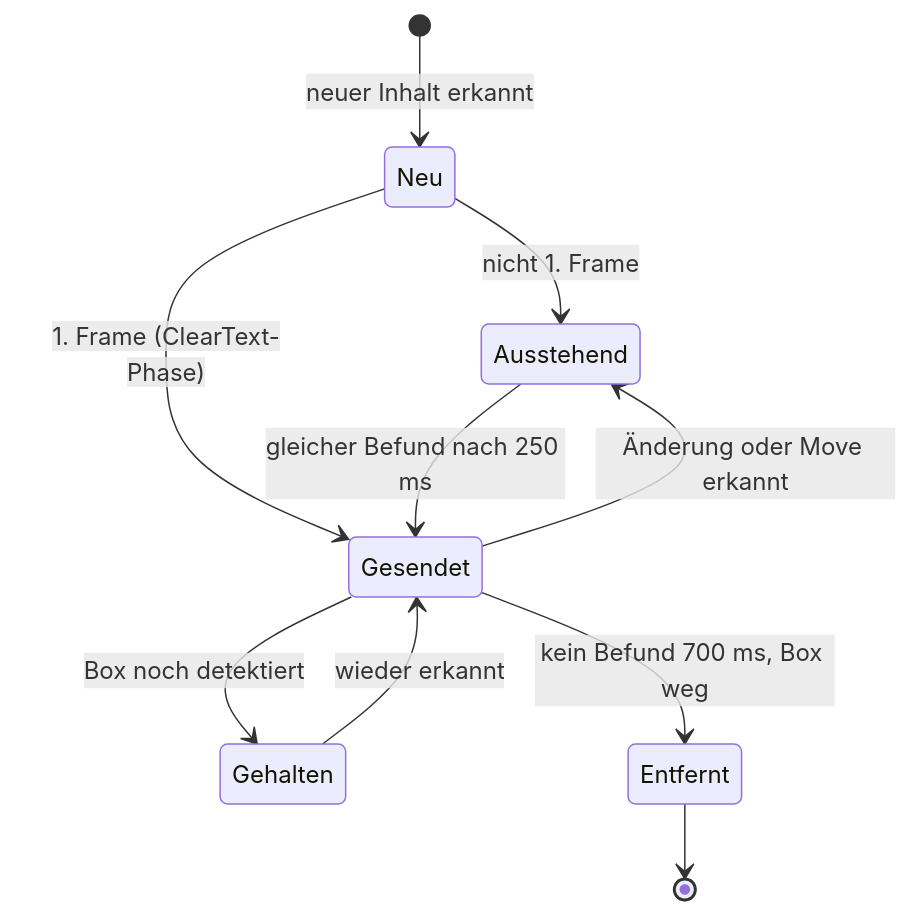
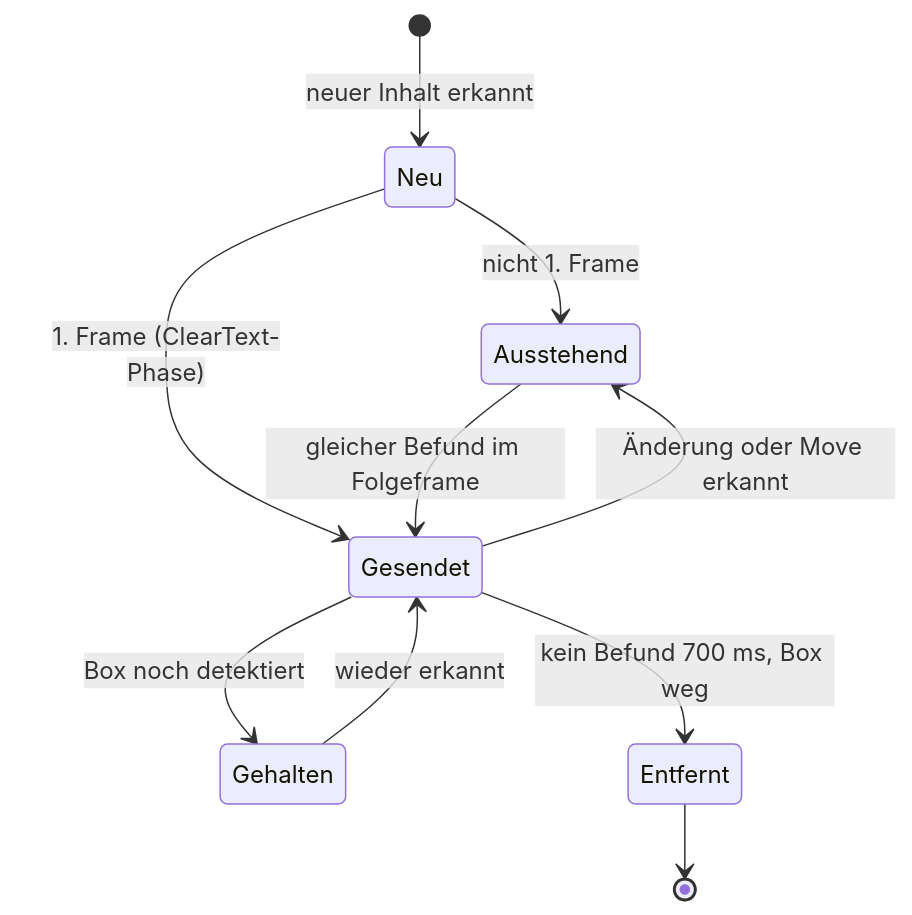
The fourth of 7 diagrams in examples/29_lowbandwidth/plan/20261018_01_encrypt/walkthrough.md (plops/cl-rust-generator), drawn with Mermaid before and after one commit. The commit also changed other lines of this file and 1 other file, not shown here.

Commit message:
fix(source11): Stabilisator bestätigt per Folgeframe statt 250-ms-Wanduhr (source10-Parität)

````diff
--- a/examples/29_lowbandwidth/plan/20261018_01_encrypt/walkthrough.md
+++ b/examples/29_lowbandwidth/plan/20261018_01_encrypt/walkthrough.md
@@ -212,12 +212,12 @@
 ```mermaid
 stateDiagram-v2
     [*] --> Neu: neuer Inhalt erkannt
     Neu --> Ausstehend: nicht 1. Frame
     Neu --> Gesendet: 1. Frame (ClearText-Phase)
-    Ausstehend --> Gesendet: gleicher Befund nach 250 ms
+    Ausstehend --> Gesendet: gleicher Befund im Folgeframe
     Gesendet --> Ausstehend: Änderung oder Move erkannt
     Gesendet --> Gehalten: Box noch detektiert
     Gesendet --> Entfernt: kein Befund 700 ms, Box weg
     Gehalten --> Gesendet: wieder erkannt
     Entfernt --> [*]
 ```
````
